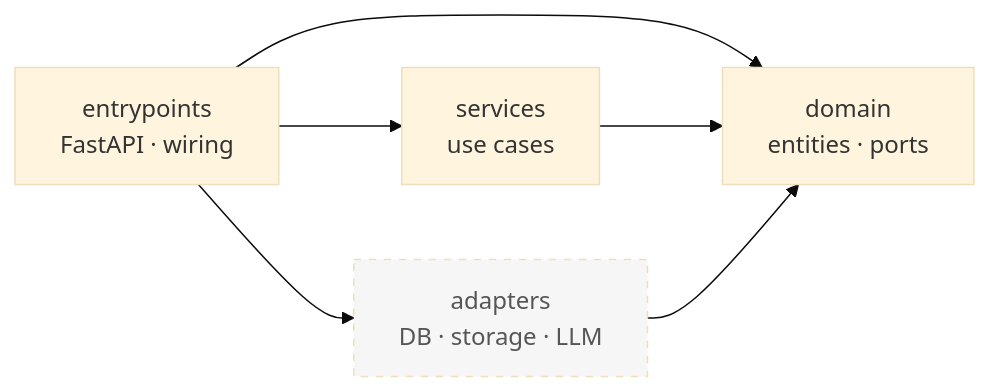
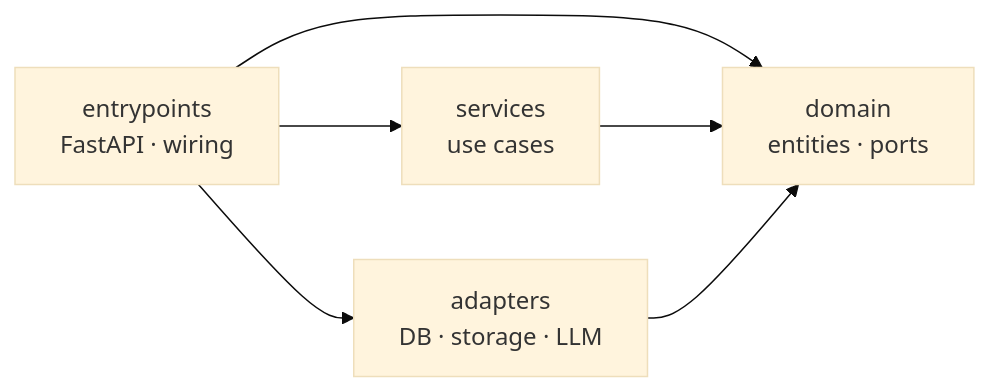
The first of 5 diagrams in docs/architecture.md (jacogro13/Cicero), drawn with Mermaid (base theme) before and after one commit. The commit also changed other lines of this file, not shown here.

Commit message:
docs: architecture.md — Postgres persistence adapter and the adapters layer

````diff
--- a/docs/architecture.md
+++ b/docs/architecture.md
@@ -28,16 +28,13 @@
 ```mermaid
 flowchart LR
     entrypoints["entrypoints<br/>FastAPI · wiring"]
     adapters["adapters<br/>DB · storage · LLM"]
     services["services<br/>use cases"]
     domain["domain<br/>entities · ports"]
 
     entrypoints --> services
     entrypoints --> adapters
     entrypoints --> domain
     services --> domain
     adapters --> domain
-
-    classDef planned stroke-dasharray:5 5,fill:#f6f6f6,color:#555;
-    class adapters planned
 ```
````
